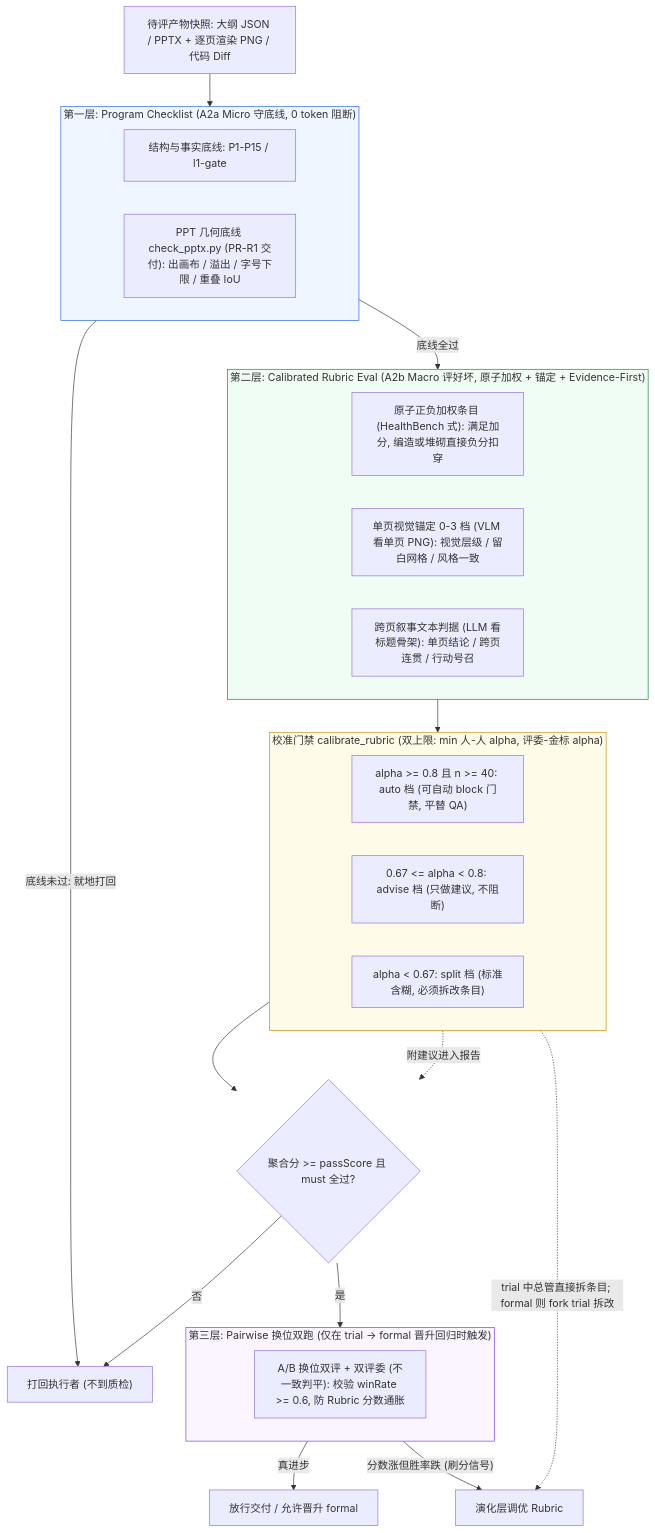
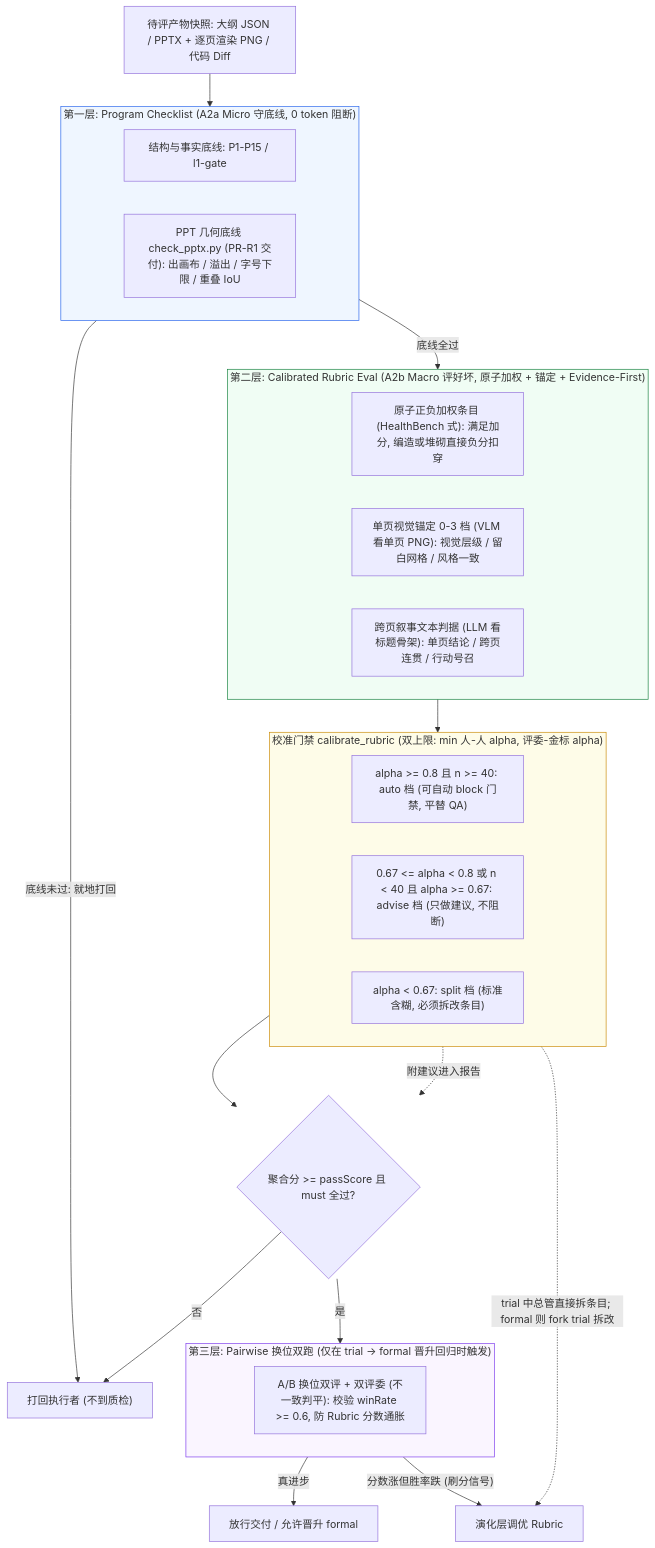
The sixth of 6 diagrams in docs/compound-agent-business-flow-and-gap-map-20261127.md (scottzx/agent-workflow), drawn with Mermaid before and after one commit. The commit also changed other lines of this file and 2 other files, not shown here.

Commit message:
docs: fix CR Round 2 M1-M2 and S1-S5 (PR-1B engine/checklist/AOCI L1, n<40 band, PR-R1/R3 specs)

````diff
--- a/docs/compound-agent-business-flow-and-gap-map-20261127.md
+++ b/docs/compound-agent-business-flow-and-gap-map-20261127.md
@@ -213,45 +213,45 @@
 ```mermaid
 flowchart TD
     ART["待评产物快照: 大纲 JSON / PPTX + 逐页渲染 PNG / 代码 Diff"]
 
     subgraph Layer1["第一层: Program Checklist (A2a Micro 守底线, 0 token 阻断)"]
         direction LR
         Chk1["结构与事实底线: P1-P15 / l1-gate"]
         Chk2["PPT 几何底线 check_pptx.py (PR-R1 交付): 出画布 / 溢出 / 字号下限 / 重叠 IoU"]
     end
 
     subgraph Layer2["第二层: Calibrated Rubric Eval (A2b Macro 评好坏, 原子加权 + 锚定 + Evidence-First)"]
         direction LR
         Rub1["原子正负加权条目 (HealthBench 式): 满足加分, 编造或堆砌直接负分扣穿"]
         Rub2["单页视觉锚定 0-3 档 (VLM 看单页 PNG): 视觉层级 / 留白网格 / 风格一致"]
         Rub3["跨页叙事文本判据 (LLM 看标题骨架): 单页结论 / 跨页连贯 / 行动号召"]
     end
 
     subgraph Cal["校准门禁 calibrate_rubric (双上限: min 人-人 alpha, 评委-金标 alpha)"]
         direction LR
         Band1["alpha >= 0.8 且 n >= 40: auto 档 (可自动 block 门禁, 平替 QA)"]
-        Band2["0.67 <= alpha < 0.8: advise 档 (只做建议, 不阻断)"]
+        Band2["0.67 <= alpha < 0.8 或 n < 40 且 alpha >= 0.67: advise 档 (只做建议, 不阻断)"]
         Band3["alpha < 0.67: split 档 (标准含糊, 必须拆改条目)"]
     end
 
     subgraph Layer3["第三层: Pairwise 换位双跑 (仅在 trial -> formal 晋升回归时触发)"]
         PW["A/B 换位双评 + 双评委 (不一致判平): 校验 winRate >= 0.6, 防 Rubric 分数通胀"]
     end
 
     ART --> Layer1
     Layer1 -- "底线未过: 就地打回" --> REJ["打回执行者 (不到质检)"]
     Layer1 -- "底线全过" --> Layer2
     Layer2 --> Cal
     Band1 --> GATE{"聚合分 >= passScore 且 must 全过?"}
     Band2 -. "附建议进入报告" .-> GATE
     Band3 -. "trial 中总管直接拆条目; formal 则 fork trial 拆改" .-> PROP["演化层调优 Rubric"]
     GATE -- "否" --> REJ
     GATE -- "是" --> Layer3
     Layer3 -- "真进步" --> PASS["放行交付 / 允许晋升 formal"]
     Layer3 -- "分数涨但胜率跌 (刷分信号)" --> PROP
 
     style Layer1 fill:#eff6ff,stroke:#2563eb
     style Layer2 fill:#f0fdf4,stroke:#15803d
     style Cal fill:#fefce8,stroke:#ca8a04
     style Layer3 fill:#faf5ff,stroke:#7c3aed
 ```
````
